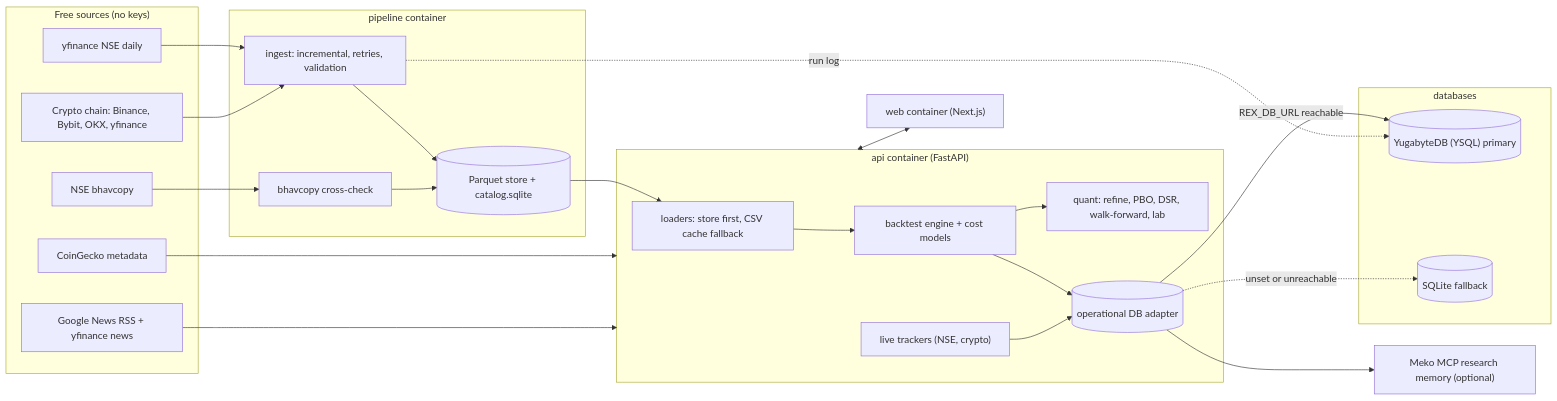
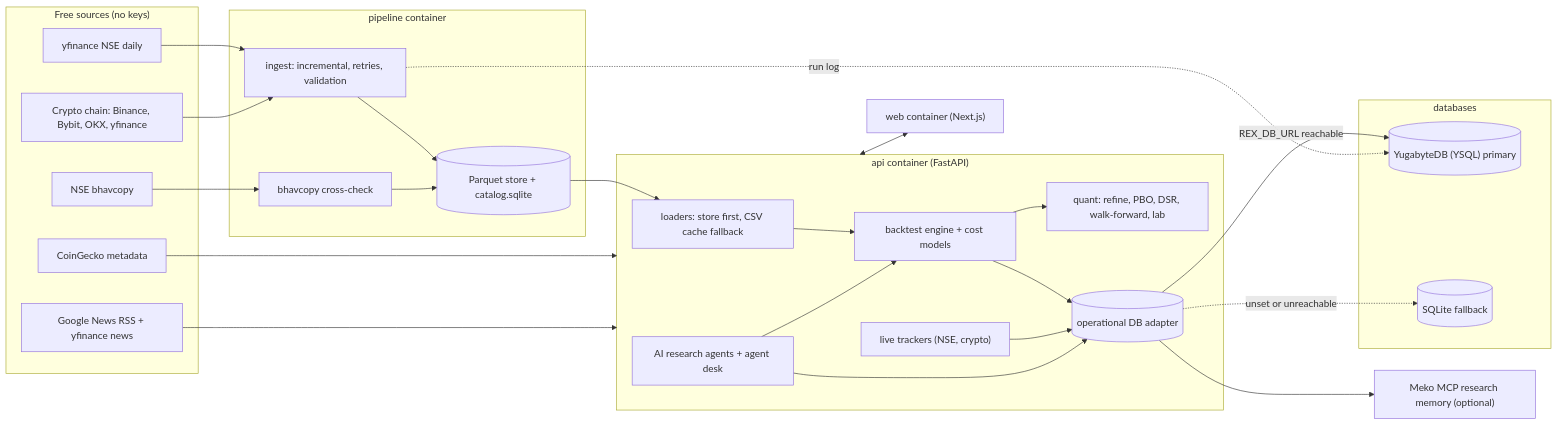
The diagram in README.md (balajigupta15/REX), drawn with Mermaid before and after one commit. The commit also changed other lines of this file, not shown here.

Commit message:
Feature latest AI research screenshot and architecture

````diff
--- a/README.md
+++ b/README.md
@@ -28,44 +11,47 @@
 ```mermaid
 flowchart LR
   subgraph Sources["Free sources (no keys)"]
     YF[yfinance NSE daily]
     BHAV[NSE bhavcopy]
     CX["Crypto chain: Binance, Bybit, OKX, yfinance"]
     CG[CoinGecko metadata]
     GN[Google News RSS + yfinance news]
   end
   subgraph Pipeline["pipeline container"]
     ING["ingest: incremental, retries, validation"]
     XC[bhavcopy cross-check]
     ST[("Parquet store + catalog.sqlite")]
   end
   subgraph API["api container (FastAPI)"]
     LD["loaders: store first, CSV cache fallback"]
     BT["backtest engine + cost models"]
     Q["quant: refine, PBO, DSR, walk-forward, lab"]
+    AG["AI research agents + agent desk"]
     TR["live trackers (NSE, crypto)"]
     MEM[("operational DB adapter")]
   end
   subgraph DBs["databases"]
     YB[("YugabyteDB (YSQL) primary")]
     SQ[("SQLite fallback")]
   end
   MEKO["Meko MCP research memory (optional)"]
   WEB["web container (Next.js)"]
   YF --> ING
   CX --> ING
   ING --> ST
   BHAV --> XC
   XC --> ST
   ST --> LD
   LD --> BT --> Q
+  AG --> BT
   BT --> MEM
   TR --> MEM
+  AG --> MEM
   CG --> API
   GN --> API
   MEM -->|REX_DB_URL reachable| YB
   MEM -.->|unset or unreachable| SQ
   ING -.->|run log| YB
   MEM --> MEKO
   API <--> WEB
 ```
````
